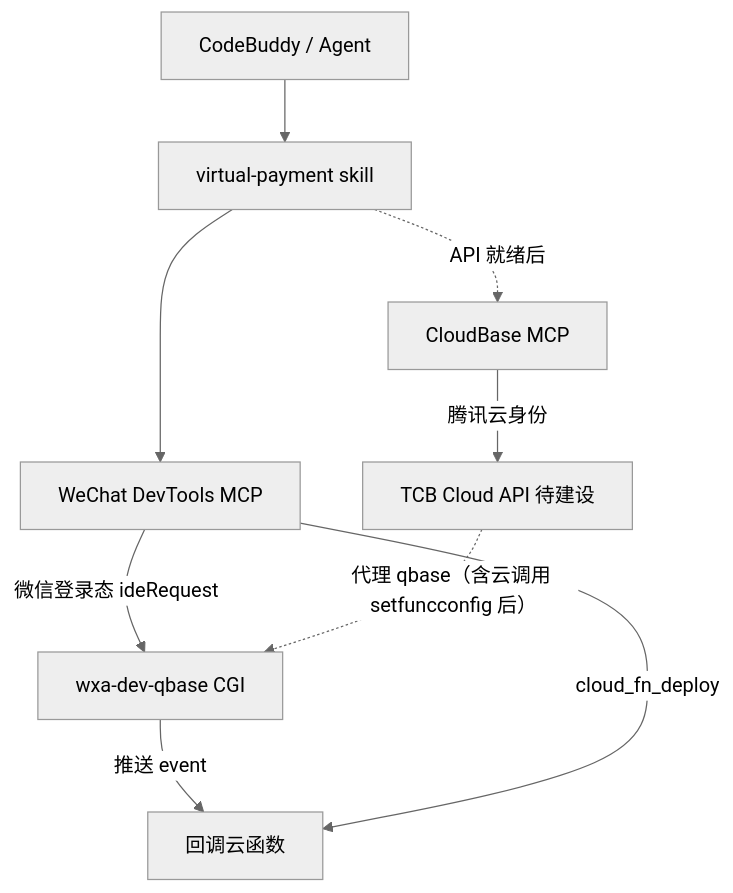
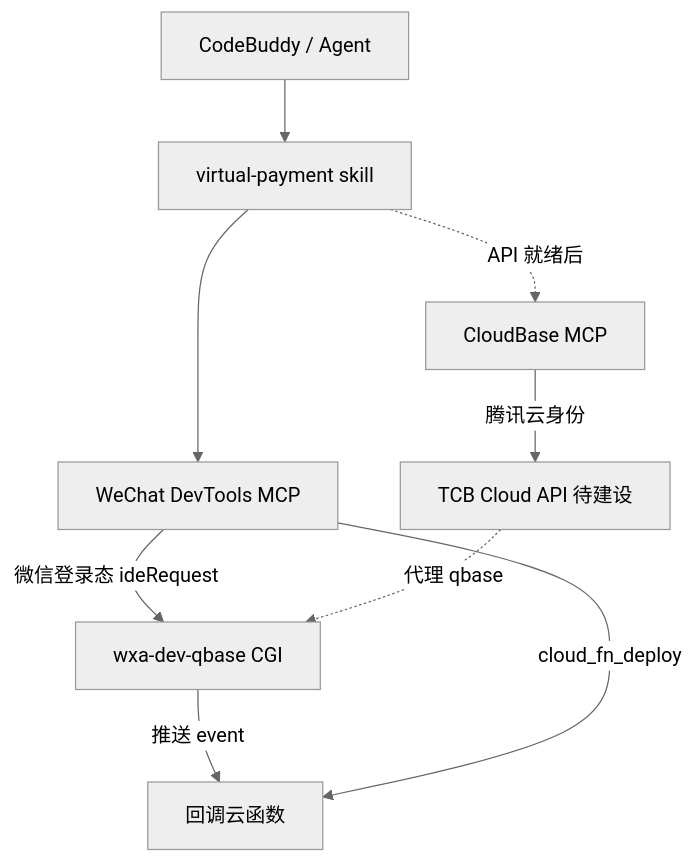
The diagram in specs/virtual-payment-mcp/design.md (TencentCloudBase/CloudBase-AI-Toolkit), drawn with Mermaid (neutral theme) before and after one commit. The commit also changed other lines of this file and 5 other files, not shown here.

````diff
--- a/specs/virtual-payment-mcp/design.md
+++ b/specs/virtual-payment-mcp/design.md
@@ -11,19 +11,19 @@
 ```mermaid
 flowchart TB
   Agent[CodeBuddy / Agent]
   Skill[virtual-payment skill]
   IDEMCP[WeChat DevTools MCP]
   CBMCP[CloudBase MCP]
   QBase[wxa-dev-qbase CGI]
   TCB[TCB Cloud API 待建设]
   SCF[回调云函数]
 
   Agent --> Skill
   Skill --> IDEMCP
   Skill -.->|API 就绪后| CBMCP
   IDEMCP -->|微信登录态 ideRequest| QBase
   CBMCP -->|腾讯云身份| TCB
-  TCB -.->|代理 qbase（含云调用 setfuncconfig 后）| QBase
+  TCB -.->|代理 qbase| QBase
   QBase -->|推送 event| SCF
   IDEMCP -->|cloud_fn_deploy| SCF
 ```
````
